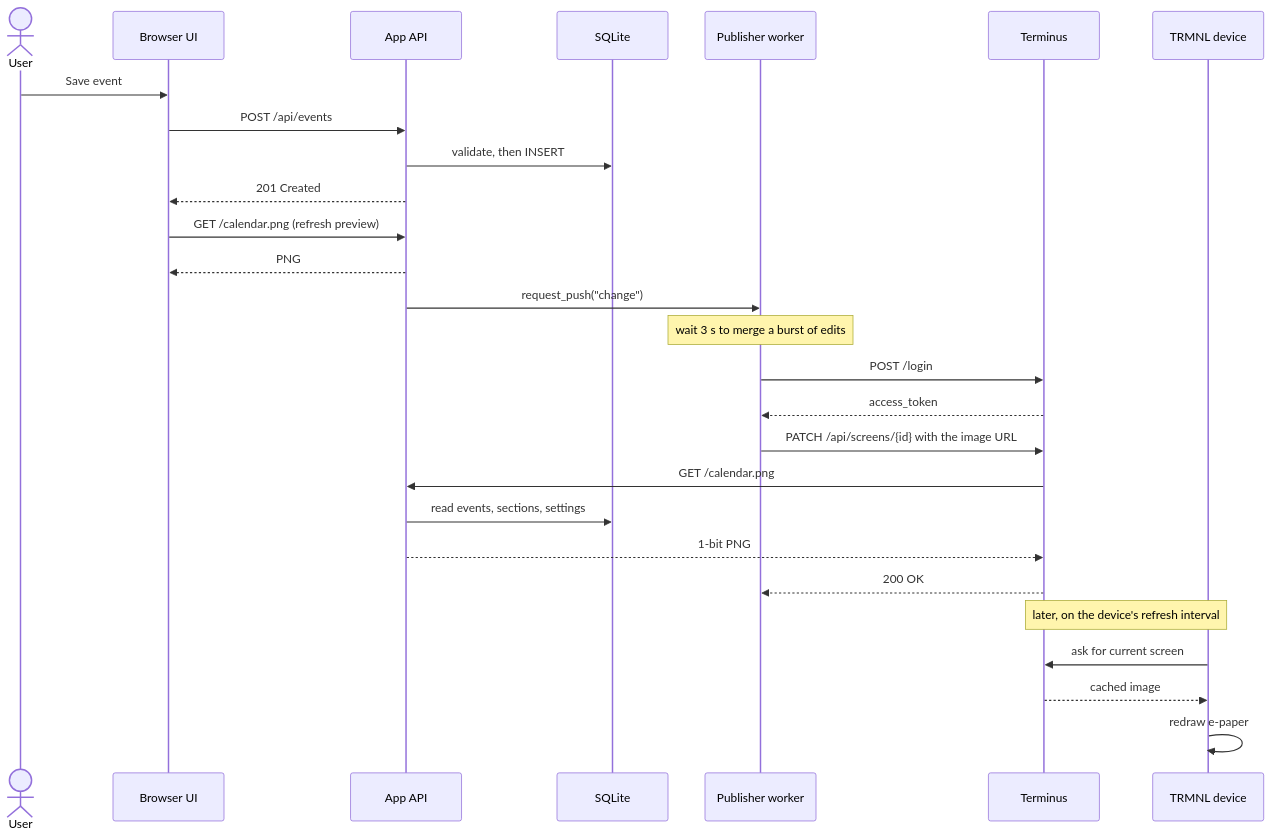
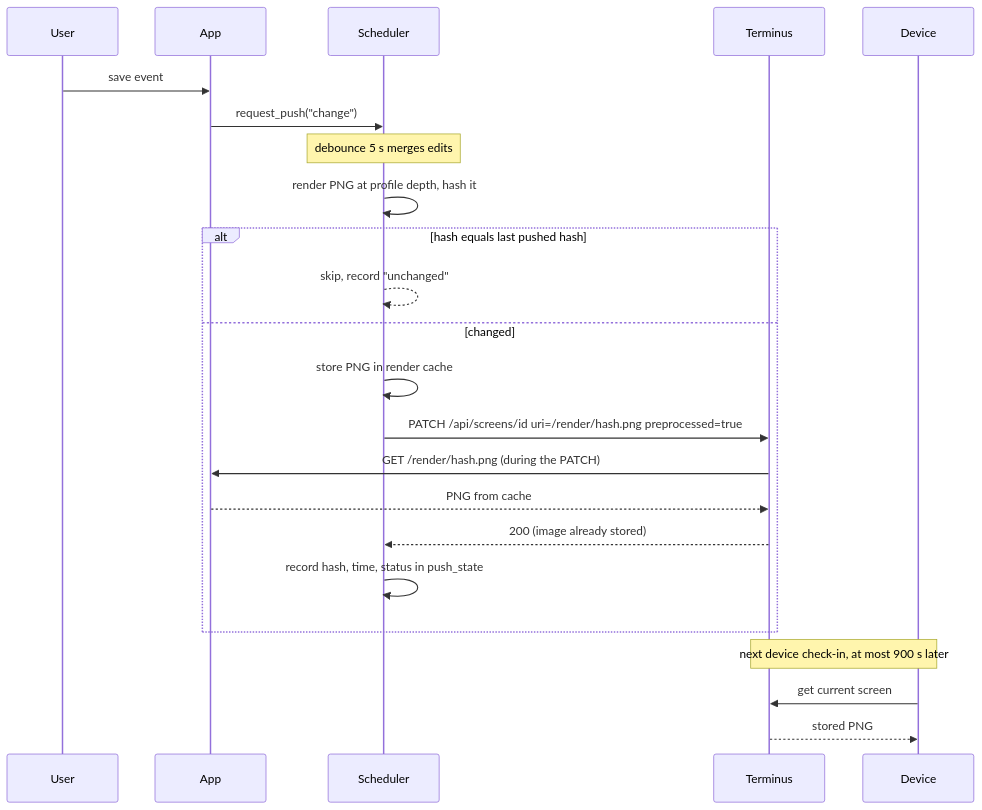
One commit to sirvishal-homelab/homelab changed the third of 4 diagrams in trmnl-calendar/docs/02-architecture.md. Above: the diagram before and after it, drawn with Mermaid. The commit also changed other lines of this file and 49 other files, not shown here.

First line of the commit message:
docs: complete trmnl-calendar design set (docs 00-18, ADRs 0001-0010)

````diff
--- a/trmnl-calendar/docs/02-architecture.md
+++ b/trmnl-calendar/docs/02-architecture.md
@@ -75,30 +92,25 @@
 ```mermaid
 sequenceDiagram
-  actor U as User
-  participant UI as Browser UI
-  participant API as App API
-  participant DB as SQLite
-  participant W as Publisher worker
+  participant U as User
+  participant A as App
+  participant S as Scheduler
   participant T as Terminus
-  participant D as TRMNL device
-
-  U->>UI: Save event
-  UI->>API: POST /api/events
-  API->>DB: validate, then INSERT
-  API-->>UI: 201 Created
-  UI->>API: GET /calendar.png (refresh preview)
-  API-->>UI: PNG
-  API->>W: request_push("change")
-  Note over W: wait 3 s to merge a burst of edits
-  W->>T: POST /login
-  T-->>W: access_token
-  W->>T: PATCH /api/screens/{id} with the image URL
-  T->>API: GET /calendar.png
-  API->>DB: read events, sections, settings
-  API-->>T: 1-bit PNG
-  T-->>W: 200 OK
-  Note over T,D: later, on the device's refresh interval
-  D->>T: ask for current screen
-  T-->>D: cached image
-  D->>D: redraw e-paper
+  participant D as Device
+  U->>A: save event
+  A->>S: request_push("change")
+  Note over S: debounce 5 s merges edits
+  S->>S: render PNG at profile depth, hash it
+  alt hash equals last pushed hash
+    S-->>S: skip, record "unchanged"
+  else changed
+    S->>S: store PNG in render cache
+    S->>T: PATCH /api/screens/id uri=/render/hash.png preprocessed=true
+    T->>A: GET /render/hash.png (during the PATCH)
+    A-->>T: PNG from cache
+    T-->>S: 200 (image already stored)
+    S->>S: record hash, time, status in push_state
+  end
+  Note over T,D: next device check-in, at most 900 s later
+  D->>T: get current screen
+  T-->>D: stored PNG
 ```
````
